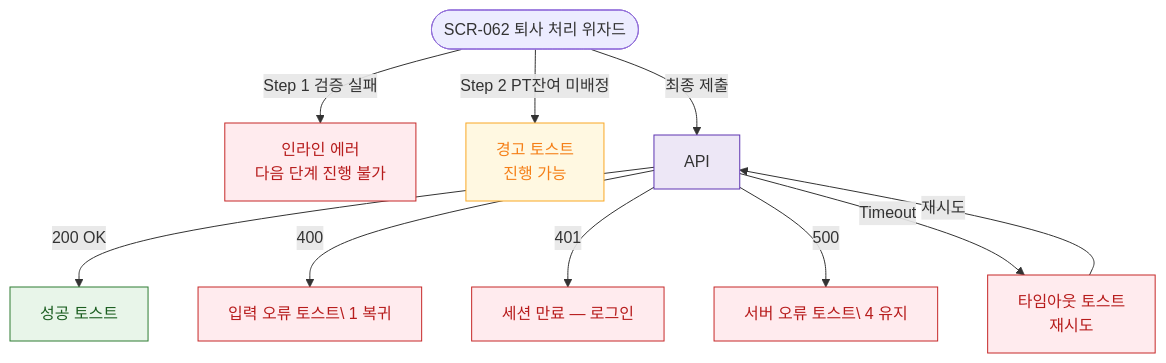
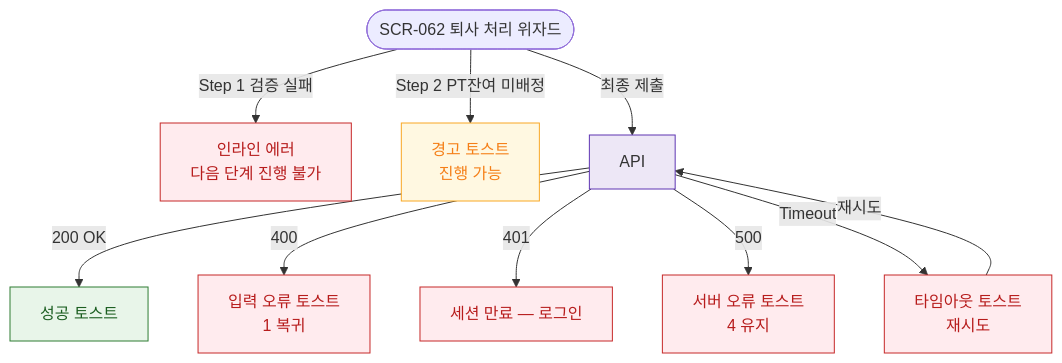
One commit to dev-spogym/admin-pando changed the diagram in docs/admin/다이어그램/D07_직원관리/SCR-062_직원퇴사처리/F8_에러예외복구.md. Above: the diagram before and after it, drawn with Mermaid. The commit also changed 369 other files, not shown here.

````diff
--- a/docs/admin/다이어그램/D07_직원관리/SCR-062_직원퇴사처리/F8_에러예외복구.md
+++ b/docs/admin/다이어그램/D07_직원관리/SCR-062_직원퇴사처리/F8_에러예외복구.md
@@ -16,26 +16,26 @@
 ```mermaid
 flowchart TD
   WIZARD([SCR-062 퇴사 처리 위자드])
 
   WIZARD -->|Step 1 검증 실패|ERR_S1[인라인 에러\n다음 단계 진행 불가]
   WIZARD -->|Step 2 PT잔여 미배정|WARN_S2[경고 토스트\n진행 가능]
   WIZARD -->|최종 제출|SUBMIT_API[API]
 
   SUBMIT_API -->|200 OK|OK[성공 토스트]
-  SUBMIT_API -->|400|ERR_400[입력 오류 토스트\ 1 복귀]
+  SUBMIT_API -->|400|ERR_400[입력 오류 토스트<br/> 1 복귀]
   SUBMIT_API -->|401|ERR_401[세션 만료 — 로그인]
-  SUBMIT_API -->|500|ERR_500[서버 오류 토스트\ 4 유지]
+  SUBMIT_API -->|500|ERR_500[서버 오류 토스트<br/> 4 유지]
   SUBMIT_API -->|Timeout|ERR_TIMEOUT[타임아웃 토스트\n재시도]
 
   ERR_TIMEOUT -->|재시도|SUBMIT_API
 
   classDef success fill:#E8F5E9,stroke:#2E7D32,color:#1B5E20
   classDef error fill:#FFEBEE,stroke:#C62828,color:#B71C1C
   classDef warning fill:#FFF8E1,stroke:#F9A825,color:#F57F17
   classDef system fill:#EDE7F6,stroke:#5E35B2
 
   class OK success
   class ERR_S1,ERR_400,ERR_401,ERR_500,ERR_TIMEOUT error
   class WARN_S2 warning
   class SUBMIT_API system
 ```
````
